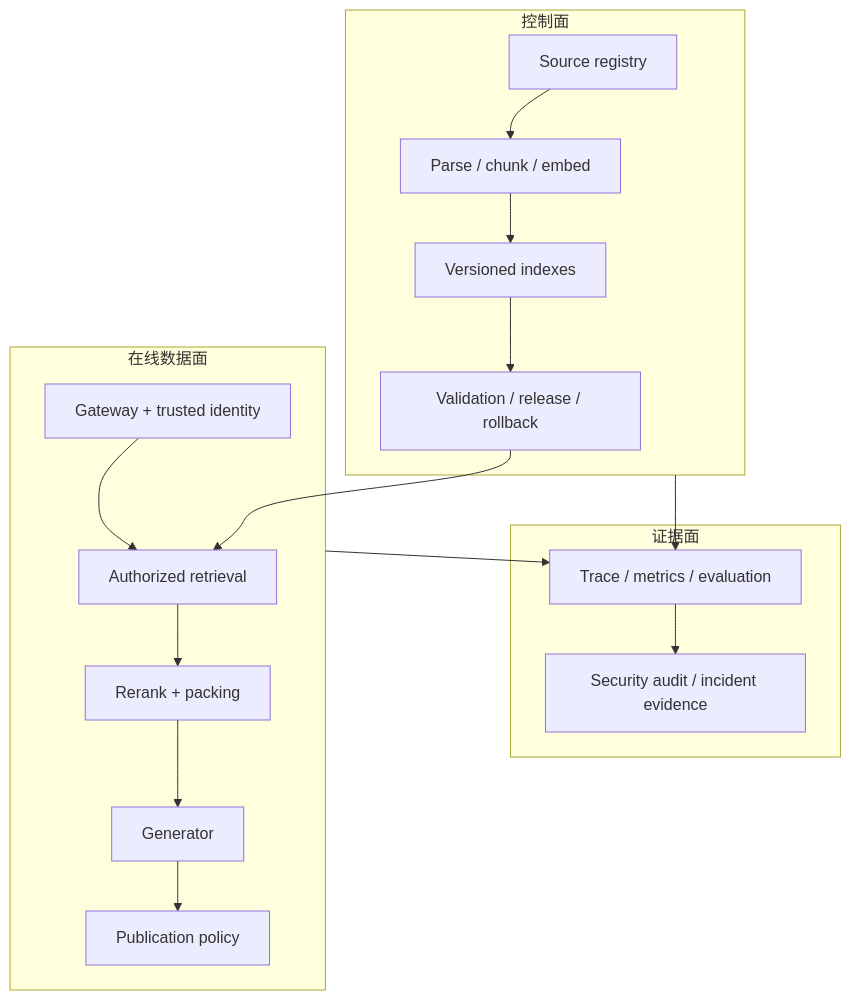
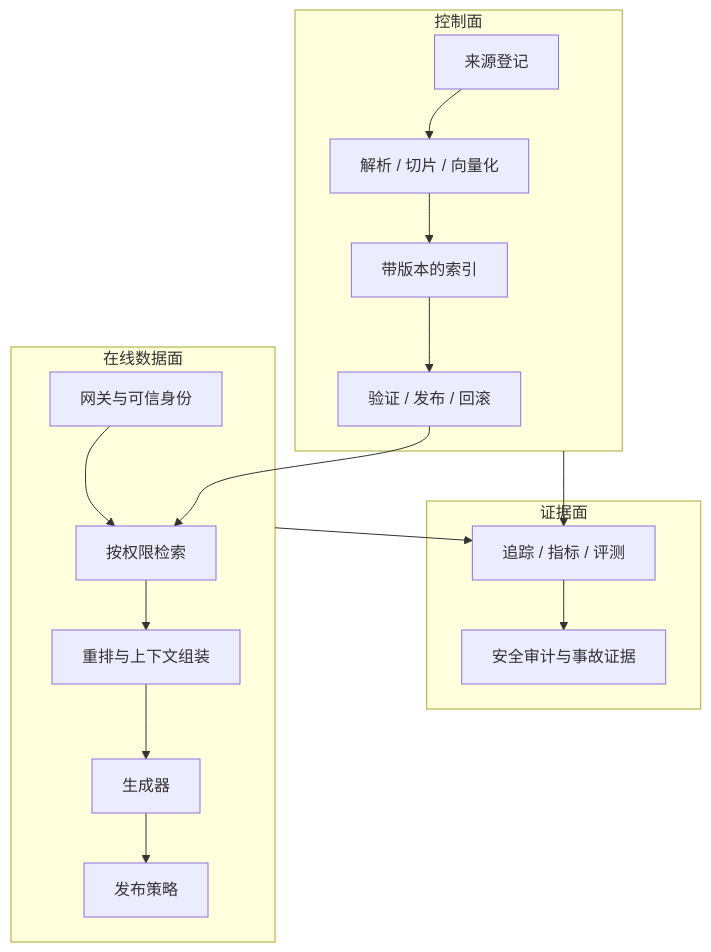
Before and after one commit to NightLemon/about-llm: the diagram in docs/applications/rag-production.md, drawn with Mermaid. The commit also changed other lines of this file and 4 other files, not shown here.

````diff
--- a/docs/applications/rag-production.md
+++ b/docs/applications/rag-production.md
@@ -23,22 +79,22 @@
 ```mermaid
 flowchart TB
   subgraph CP["控制面"]
-    SRC["Source registry"] --> ING["Parse / chunk / embed"]
-    ING --> IDX["Versioned indexes"]
-    IDX --> REL["Validation / release / rollback"]
+    SRC["来源登记"] --> ING["解析 / 切片 / 向量化"]
+    ING --> IDX["带版本的索引"]
+    IDX --> REL["验证 / 发布 / 回滚"]
   end
   subgraph DP["在线数据面"]
-    API["Gateway + trusted identity"] --> RET["Authorized retrieval"]
-    RET --> RR["Rerank + packing"]
-    RR --> GEN["Generator"]
-    GEN --> PUB["Publication policy"]
+    API["网关与可信身份"] --> RET["按权限检索"]
+    RET --> RR["重排与上下文组装"]
+    RR --> GEN["生成器"]
+    GEN --> PUB["发布策略"]
   end
   subgraph EP["证据面"]
-    TRACE["Trace / metrics / evaluation"]
-    AUDIT["Security audit / incident evidence"]
+    TRACE["追踪 / 指标 / 评测"]
+    AUDIT["安全审计与事故证据"]
   end
   REL --> RET
   DP --> TRACE
   CP --> TRACE
   TRACE --> AUDIT
 ```
````
